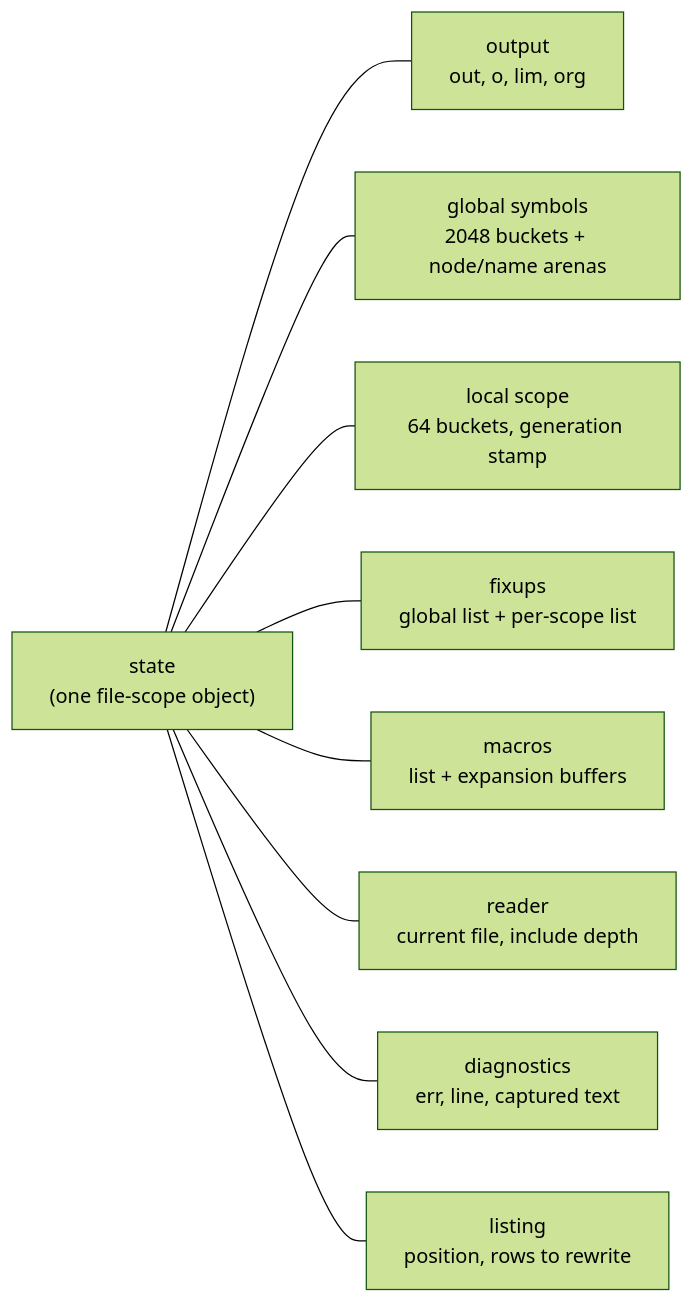
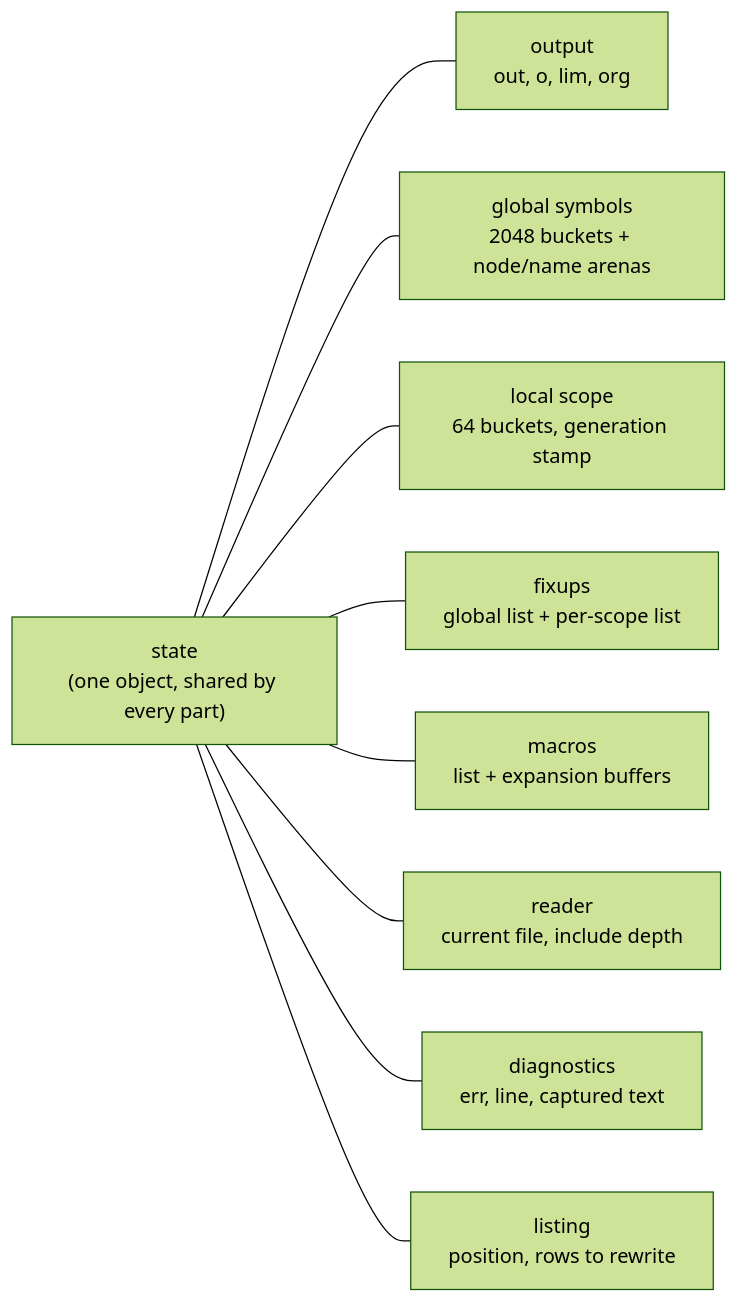
The third of 11 diagrams in docs/DESIGN.md (avalonbits/zap), drawn with Mermaid (forest theme) before and after one commit. The commit also changed other lines of this file and 16 other files, not shown here.

````diff
--- a/docs/DESIGN.md
+++ b/docs/DESIGN.md
@@ -98,12 +118,12 @@
 ```mermaid
 flowchart LR
-    S["state<br/>(one file-scope object)"]
+    S["state<br/>(one object, shared by every part)"]
     S --- O["output<br/>out, o, lim, org"]
     S --- G["global symbols<br/>2048 buckets + node/name arenas"]
     S --- L["local scope<br/>64 buckets, generation stamp"]
     S --- F["fixups<br/>global list + per-scope list"]
     S --- M["macros<br/>list + expansion buffers"]
     S --- R["reader<br/>current file, include depth"]
     S --- D["diagnostics<br/>err, line, captured text"]
     S --- LS["listing<br/>position, rows to rewrite"]
 ```
````
